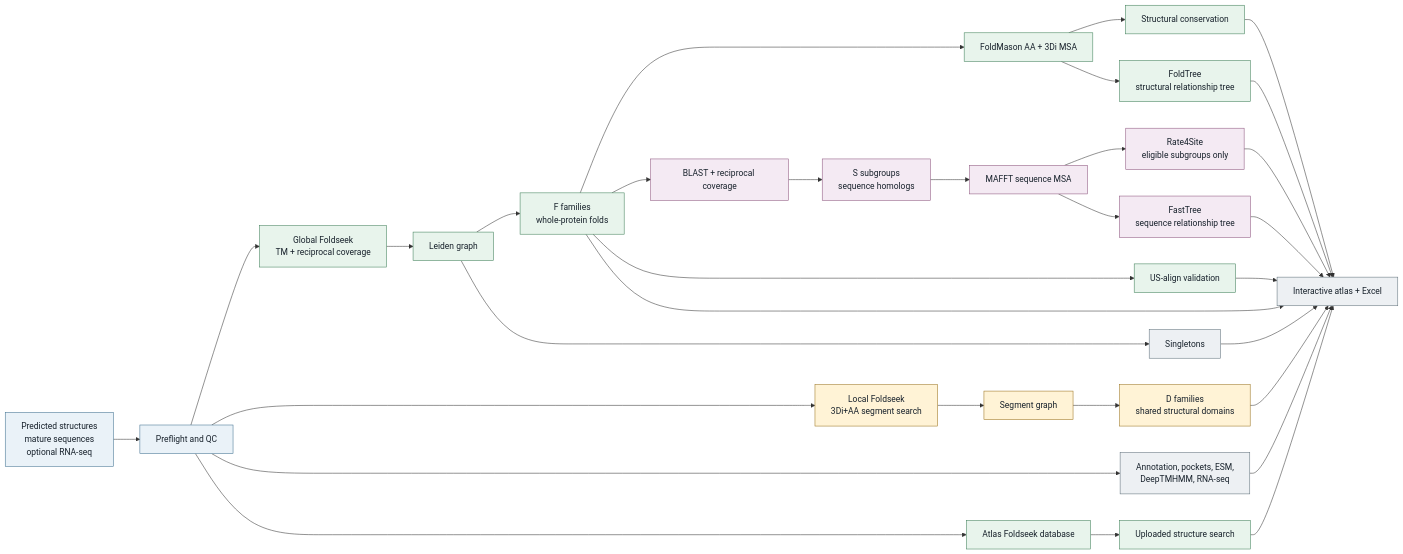
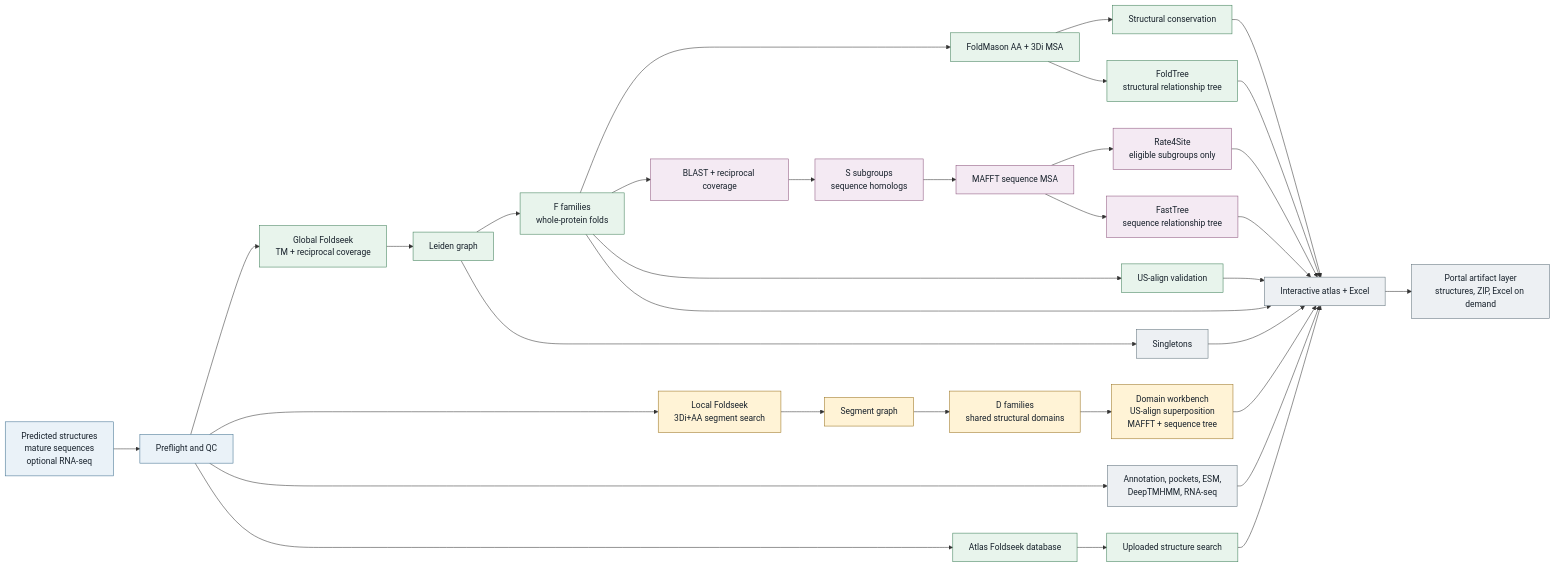
The diagram in README.md (lhchen010/SUSS_protein_Atlas), drawn with Mermaid before and after one commit. The commit also changed other lines of this file and 25 other files, not shown here.

Commit message:
Release v4 domain workbenches and scalable atlas data

````diff
--- a/README.md
+++ b/README.md
@@ -41,49 +43,51 @@
 ```mermaid
 flowchart LR
     INPUT["Predicted structures<br/>mature sequences<br/>optional RNA-seq"] --> QC["Preflight and QC"]
 
     QC --> GLOBAL["Global Foldseek<br/>TM + reciprocal coverage"]
     GLOBAL --> FGRAPH["Leiden graph"]
     FGRAPH --> F["F families<br/>whole-protein folds"]
     FGRAPH --> SINGLE["Singletons"]
 
     QC --> LOCAL["Local Foldseek<br/>3Di+AA segment search"]
     LOCAL --> DGRAPH["Segment graph"]
     DGRAPH --> D["D families<br/>shared structural domains"]
+    D --> DWB["Domain workbench<br/>US-align superposition<br/>MAFFT + sequence tree"]
 
     F --> FM["FoldMason AA + 3Di MSA"]
     FM --> SCONS["Structural conservation"]
     FM --> FT["FoldTree<br/>structural relationship tree"]
     F --> BLAST["BLAST + reciprocal coverage"]
     BLAST --> S["S subgroups<br/>sequence homologs"]
     S --> MAFFT["MAFFT sequence MSA"]
     MAFFT --> R4S["Rate4Site<br/>eligible subgroups only"]
     MAFFT --> STREE["FastTree<br/>sequence relationship tree"]
     F --> USA["US-align validation"]
 
     QC --> SHARED["Annotation, pockets, ESM,<br/>DeepTMHMM, RNA-seq"]
     F --> ATLAS["Interactive atlas + Excel"]
-    D --> ATLAS
+    DWB --> ATLAS
     SINGLE --> ATLAS
     SCONS --> ATLAS
     FT --> ATLAS
     R4S --> ATLAS
     STREE --> ATLAS
     USA --> ATLAS
     SHARED --> ATLAS
 
     QC --> DB["Atlas Foldseek database"]
     DB --> SEARCH["Uploaded structure search"]
     SEARCH --> ATLAS
+    ATLAS --> LAZY["Portal artifact layer<br/>structures, ZIP, Excel on demand"]
 
     classDef input fill:#eaf2f8,stroke:#3f6f8f,color:#17212b;
     classDef structure fill:#e8f4ec,stroke:#3e7f58,color:#17212b;
     classDef domain fill:#fff3d6,stroke:#9a721d,color:#17212b;
     classDef sequence fill:#f4eaf3,stroke:#8c547d,color:#17212b;
     classDef output fill:#edf0f3,stroke:#5f707a,color:#17212b;
     class INPUT,QC input;
     class GLOBAL,FGRAPH,F,FM,SCONS,FT,USA,DB,SEARCH structure;
-    class LOCAL,DGRAPH,D domain;
+    class LOCAL,DGRAPH,D,DWB domain;
     class BLAST,S,MAFFT,R4S,STREE sequence;
-    class SINGLE,SHARED,ATLAS output;
+    class SINGLE,SHARED,ATLAS,LAZY output;
 ```
````
